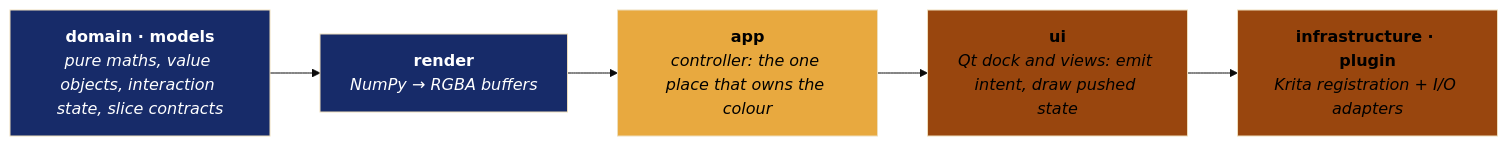
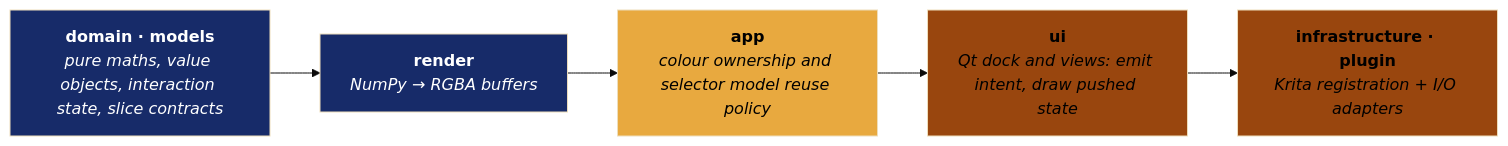
One commit to gibapiu/oklab_colour_picker_krita changed the first of 5 diagrams in docs/architecture.md. Above: the diagram before and after it, drawn with Mermaid (base theme). The commit also changed other lines of this file and 8 other files, not shown here.

````diff
--- a/docs/architecture.md
+++ b/docs/architecture.md
@@ -24,14 +24,14 @@
 ```mermaid
 flowchart LR
     A["<b>domain · models</b><br/><i>pure maths, value objects, interaction state, slice contracts</i>"]
     B["<b>render</b><br/><i>NumPy → RGBA buffers</i>"]
-    C["<b>app</b><br/><i>controller: the one place that owns the colour</i>"]
+    C["<b>app</b><br/><i>colour ownership and selector model reuse policy</i>"]
     D["<b>ui</b><br/><i>Qt dock and views: emit intent, draw pushed state</i>"]
     E["<b>infrastructure · plugin</b><br/><i>Krita registration + I/O adapters</i>"]
     A --> B --> C --> D --> E
     style A fill:#172b69, color: #ffffff
     style B fill:#172b69, color: #ffffff
     style C fill:#e8a93f, color: #000000
     style D fill:#99460e, color: #000000
     style E fill:#99460e, color: #000000
 ```
````
